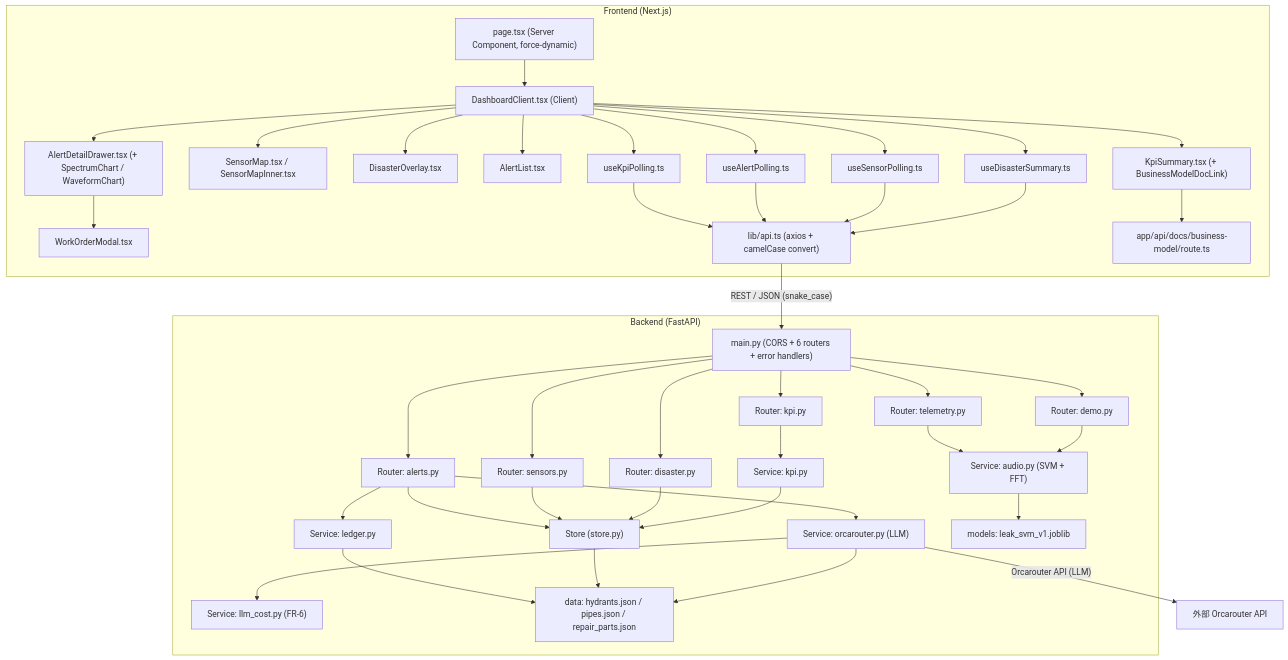
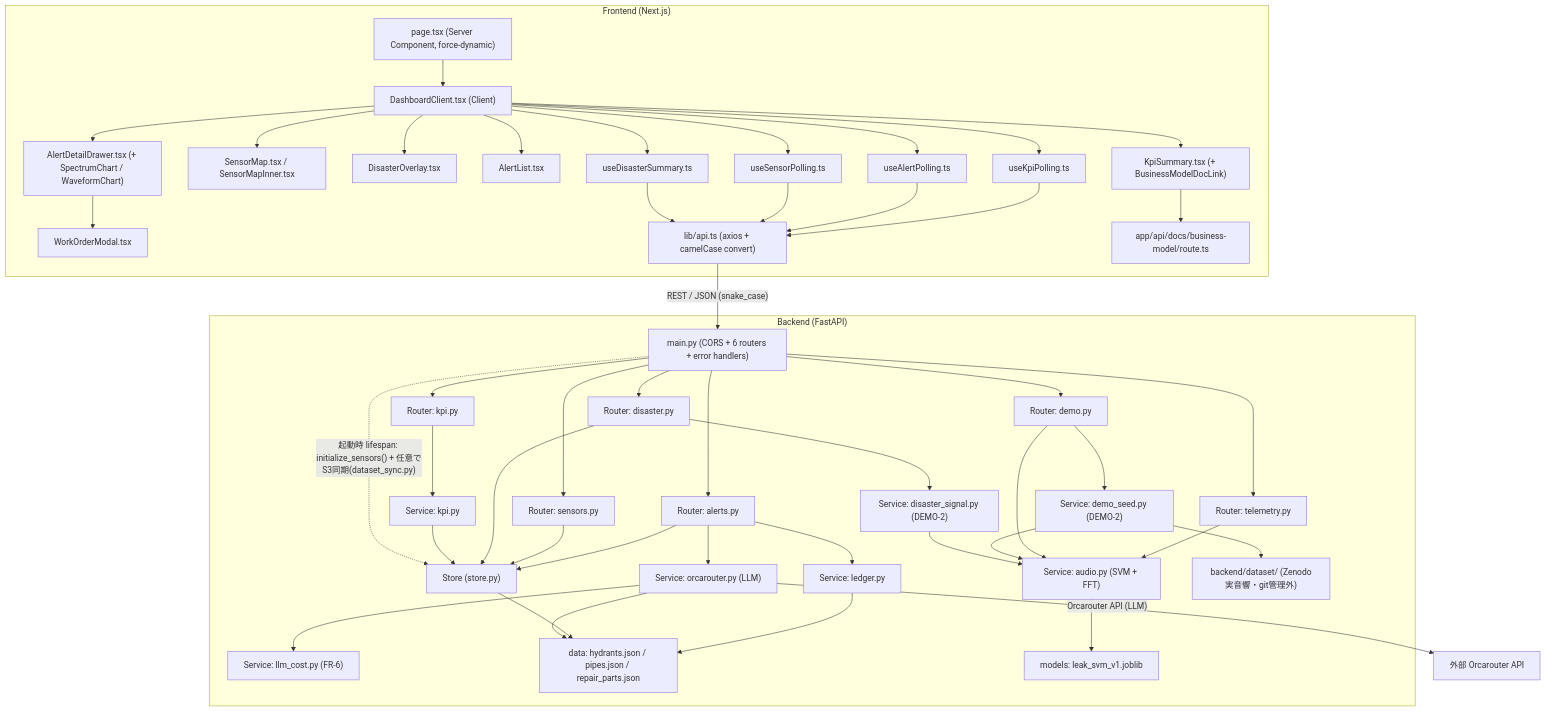
Before and after one commit to taka0928eye/smartwater-guardian: the first of 5 diagrams in docs/spec_doc/architecture.md, drawn with Mermaid. The commit also changed other lines of this file and 23 other files, not shown here.

```diff
--- a/docs/spec_doc/architecture.md
+++ b/docs/spec_doc/architecture.md
@@ -66,9 +66,12 @@
         SC["Service: llm_cost.py (FR-6)"]
         SL["Service: ledger.py"]
         SK["Service: kpi.py"]
+        SDS["Service: demo_seed.py (DEMO-2)"]
+        SIG["Service: disaster_signal.py (DEMO-2)"]
         ST["Store (store.py)"]
         DATA["data: hydrants.json / pipes.json / repair_parts.json"]
         MODEL["models: leak_svm_v1.joblib"]
+        DSET["backend/dataset/ (Zenodo実音響・git管理外)"]
         APP --> RT
         APP --> RA
         APP --> RS
@@ -77,6 +80,11 @@
         APP --> RM
         RT --> SA
         RM --> SA
+        RM --> SDS
+        SDS --> SA
+        SDS --> DSET
+        RD --> SIG
+        SIG --> SA
         RA --> SO
         SO --> SC
         RA --> SL
@@ -89,6 +97,7 @@
         ST --> DATA
         SA --> MODEL
         SO --> DATA
+        APP -. "起動時 lifespan: initialize_sensors() + 任意でS3同期(dataset_sync.py)" .-> ST
     end
 
     API -- "REST / JSON (snake_case)" --> APP
```
